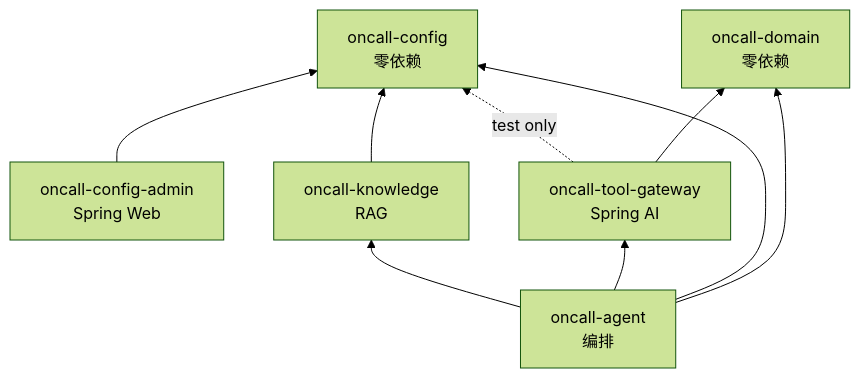
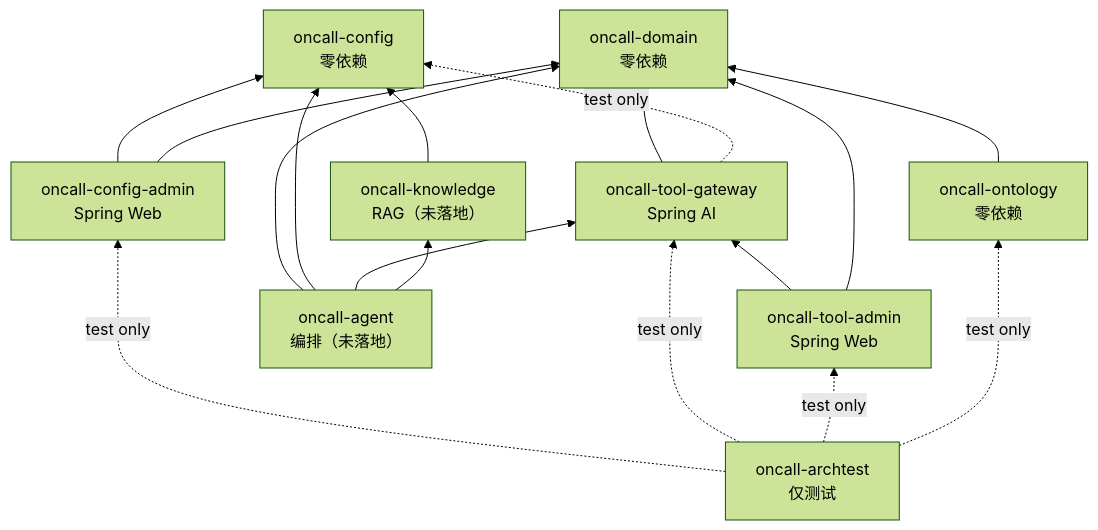
Before and after one commit to tough723/-agent-: the sixth of 6 diagrams in 2.项目整体架构和技术栈选型分析设计文档.md, drawn with Mermaid (forest theme). The commit also changed other lines of this file and 23 other files, not shown here.

````diff
--- a/2.项目整体架构和技术栈选型分析设计文档.md
+++ b/2.项目整体架构和技术栈选型分析设计文档.md
@@ -332,15 +334,23 @@
 ```mermaid
 flowchart BT
     D["oncall-domain<br/>零依赖"]
     C["oncall-config<br/>零依赖"]
     CA["oncall-config-admin<br/>Spring Web"]
     TG["oncall-tool-gateway<br/>Spring AI"]
-    AG["oncall-agent<br/>编排"]
-    KN["oncall-knowledge<br/>RAG"]
+    TA["oncall-tool-admin<br/>Spring Web"]
+    ON["oncall-ontology<br/>零依赖"]
+    AT["oncall-archtest<br/>仅测试"]
+    AG["oncall-agent<br/>编排（未落地）"]
+    KN["oncall-knowledge<br/>RAG（未落地）"]
 
     CA --> C
+    CA --> D
     TG --> D
     TG -.test only.-> C
+    TA --> TG
+    TA --> D
+    ON --> D
+    AT -.test only.-> CA & TG & TA & ON
     AG --> D & C & TG & KN
     KN --> C
 ```
````
